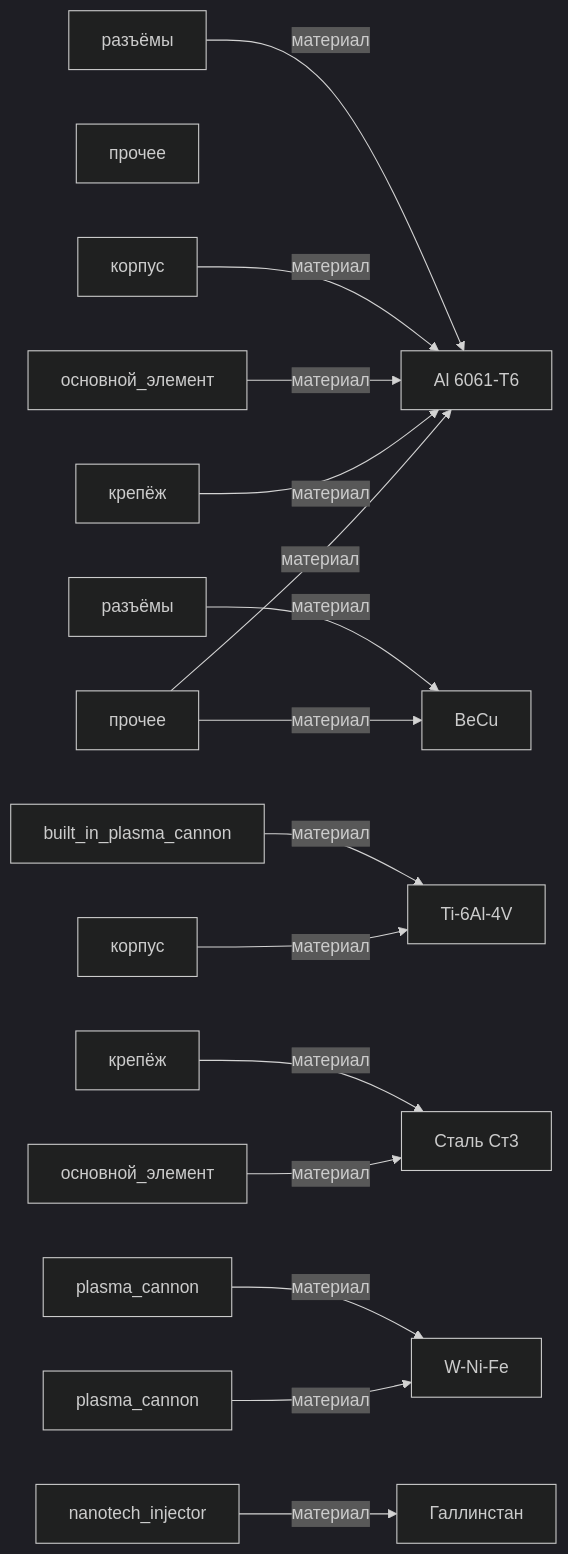
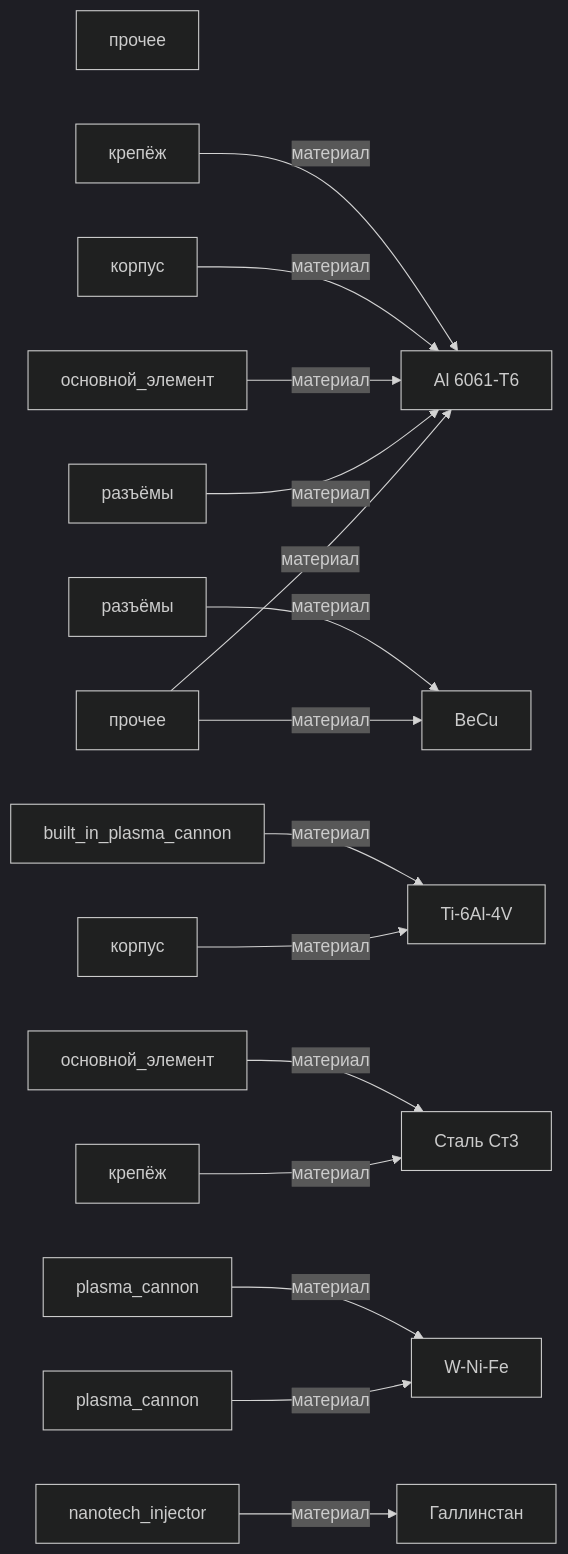
One commit to a-m-e-n-t-e-t/SkyNet changed the diagram in graphs/mermaid/graph1_встроенное_оружие.md. Above: the diagram before and after it, drawn with Mermaid (dark theme). The commit also changed other lines of this file and 24 other files, not shown here.

````diff
--- a/graphs/mermaid/graph1_встроенное_оружие.md
+++ b/graphs/mermaid/graph1_встроенное_оружие.md
@@ -3,37 +3,37 @@
 ```mermaid
 graph LR
+    izdelie_minigun_m134[прочее]
     izdelie_granatomet_m320[прочее]
-    izdelie_minigun_m134[прочее]
-    часть_granatomet_m320_mounting[крепёж]
+    часть_minigun_m134_connectors[разъёмы]
+    часть_minigun_m134_housing[корпус]
+    часть_minigun_m134_mounting[крепёж]
+    часть_minigun_m134_core[основной_элемент]
     часть_granatomet_m320_core[основной_элемент]
     часть_granatomet_m320_housing[корпус]
     часть_granatomet_m320_connectors[разъёмы]
-    часть_minigun_m134_connectors[разъёмы]
-    часть_minigun_m134_housing[корпус]
-    часть_minigun_m134_core[основной_элемент]
-    часть_minigun_m134_mounting[крепёж]
+    часть_granatomet_m320_mounting[крепёж]
+    часть_hk_tank_плазма_пушка_1[plasma_cannon]
+    часть_t_x_плазма_пушка[built_in_plasma_cannon]
+    часть_t_x_нанотех_инъектор[nanotech_injector]
     часть_hk_aerial_плазма_пушка[plasma_cannon]
-    часть_hk_tank_плазма_пушка_1[plasma_cannon]
-    часть_t_x_нанотех_инъектор[nanotech_injector]
-    часть_t_x_плазма_пушка[built_in_plasma_cannon]
     material_al_6061_t6[Al 6061-T6]
     material_becu[BeCu]
     material_gallinstan[Галлинстан]
     material_stal_st3[Сталь Ст3]
     material_ti_6al_4v[Ti-6Al-4V]
     material_w_ni_fe[W-Ni-Fe]
     izdelie_granatomet_m320 -->|материал| material_al_6061_t6
     izdelie_granatomet_m320 -->|материал| material_becu
-    часть_granatomet_m320_mounting -->|материал| material_al_6061_t6
+    часть_minigun_m134_connectors -->|материал| material_al_6061_t6
+    часть_minigun_m134_housing -->|материал| material_ti_6al_4v
+    часть_minigun_m134_mounting -->|материал| material_stal_st3
+    часть_minigun_m134_core -->|материал| material_stal_st3
     часть_granatomet_m320_core -->|материал| material_al_6061_t6
     часть_granatomet_m320_housing -->|материал| material_al_6061_t6
     часть_granatomet_m320_connectors -->|материал| material_becu
-    часть_minigun_m134_connectors -->|материал| material_al_6061_t6
-    часть_minigun_m134_housing -->|материал| material_ti_6al_4v
-    часть_minigun_m134_core -->|материал| material_stal_st3
-    часть_minigun_m134_mounting -->|материал| material_stal_st3
+    часть_granatomet_m320_mounting -->|материал| material_al_6061_t6
+    часть_hk_tank_плазма_пушка_1 -->|материал| material_w_ni_fe
+    часть_t_x_плазма_пушка -->|материал| material_ti_6al_4v
+    часть_t_x_нанотех_инъектор -->|материал| material_gallinstan
     часть_hk_aerial_плазма_пушка -->|материал| material_w_ni_fe
-    часть_hk_tank_плазма_пушка_1 -->|материал| material_w_ni_fe
-    часть_t_x_нанотех_инъектор -->|материал| material_gallinstan
-    часть_t_x_плазма_пушка -->|материал| material_ti_6al_4v
 ```
````
